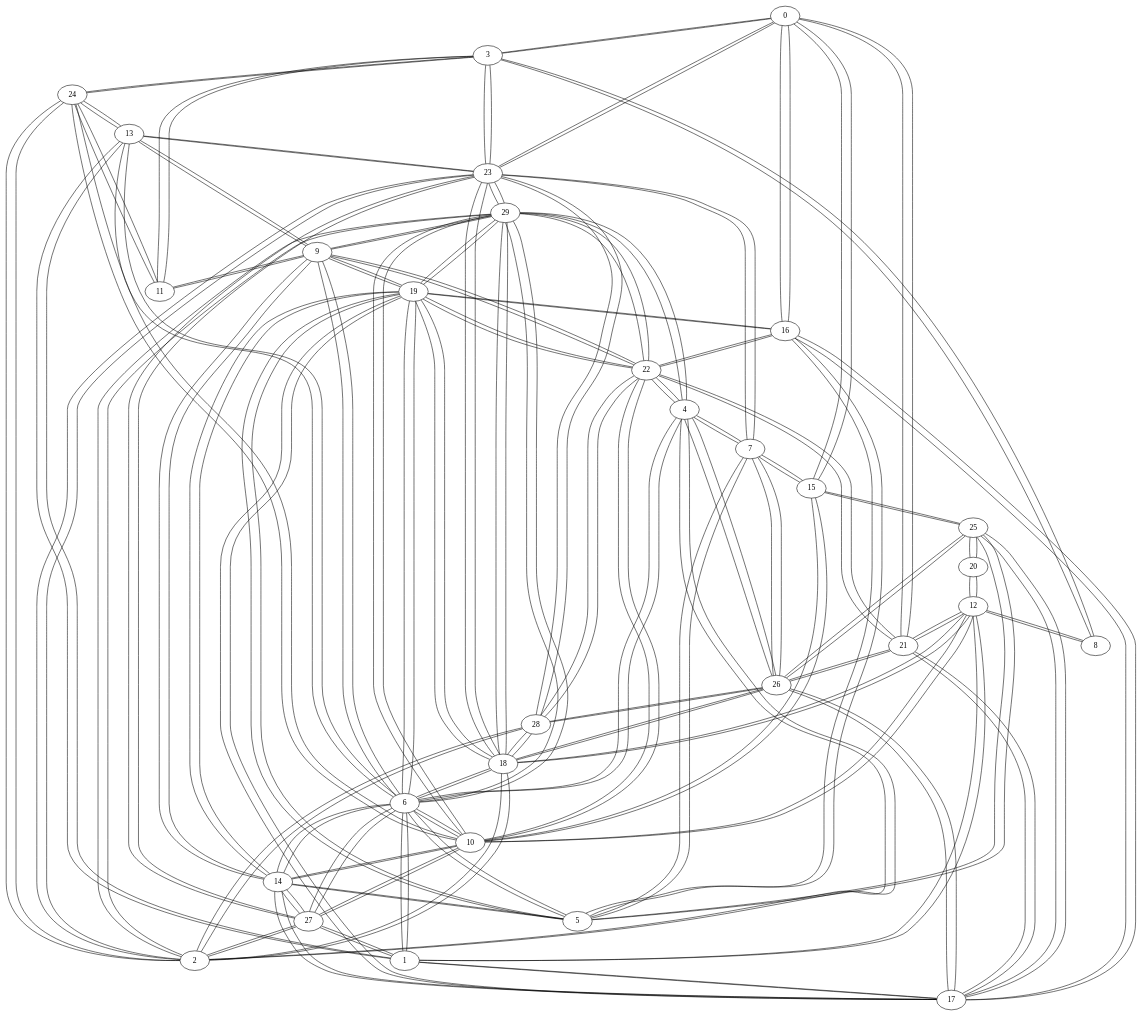
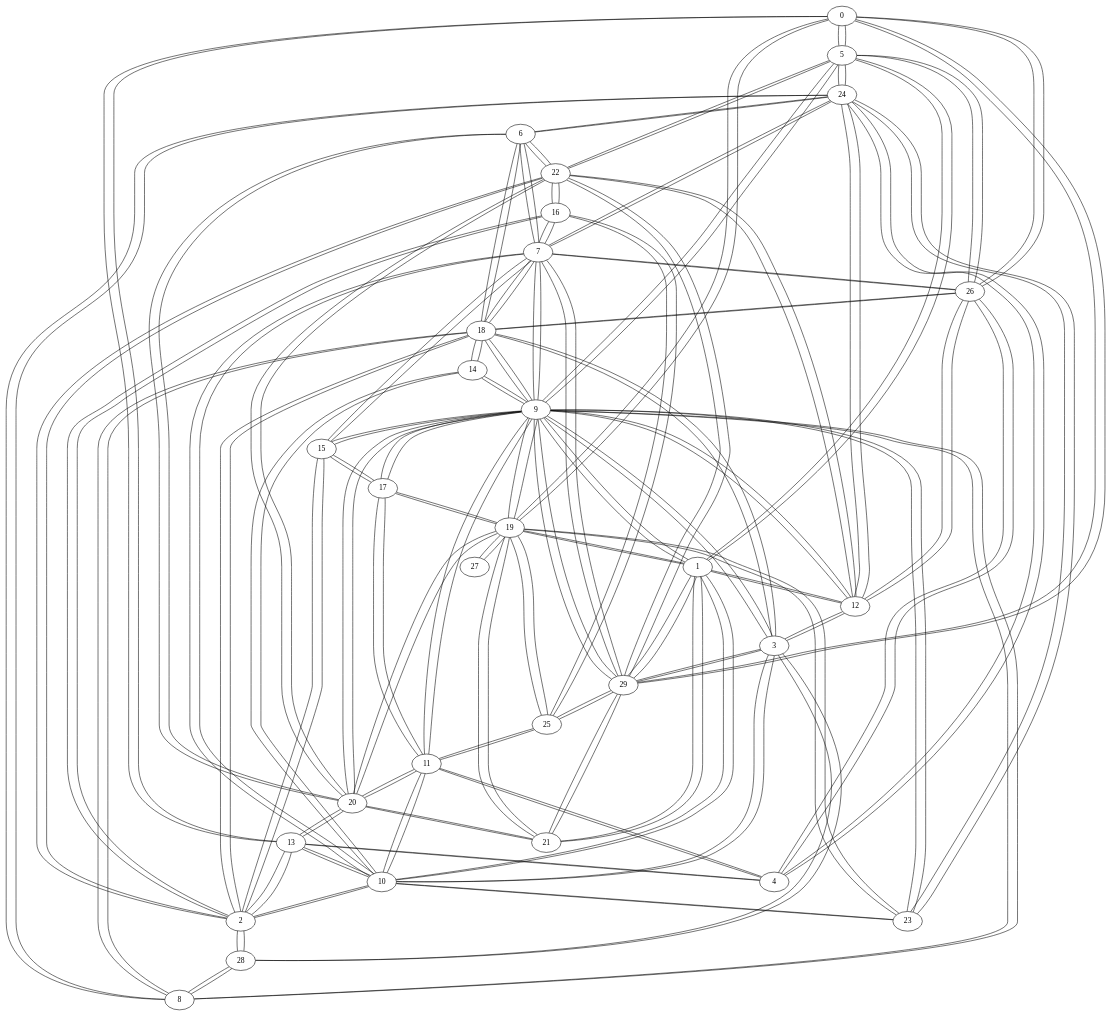
One commit to GusRojas/Grafos2DAA_A24 changed the diagram in grafo_gilbert30.gv. Above: the diagram before and after it, drawn with Graphviz. The commit also changed 41 other files, not shown here.

```diff
--- a/grafo_gilbert30.gv
+++ b/grafo_gilbert30.gv
@@ -1,184 +1,178 @@
 graph {
-  0 -- 3;
-  0 -- 15;
-  0 -- 16;
-  0 -- 21;
-  0 -- 23;
-  3 -- 0;
-  3 -- 8;
-  3 -- 11;
-  3 -- 23;
-  3 -- 24;
-  15 -- 0;
+  0 -- 5;
+  0 -- 13;
+  0 -- 19;
+  0 -- 26;
+  0 -- 29;
+  5 -- 0;
+  5 -- 1;
+  5 -- 9;
+  5 -- 22;
+  5 -- 24;
+  5 -- 26;
+  13 -- 0;
+  13 -- 2;
+  13 -- 4;
+  13 -- 10;
+  13 -- 20;
+  19 -- 0;
+  19 -- 1;
+  19 -- 9;
+  19 -- 17;
+  19 -- 20;
+  19 -- 21;
+  19 -- 23;
+  19 -- 25;
+  19 -- 27;
+  26 -- 0;
+  26 -- 4;
+  26 -- 5;
+  26 -- 7;
+  26 -- 12;
+  26 -- 18;
+  29 -- 0;
+  29 -- 1;
+  29 -- 3;
+  29 -- 7;
+  29 -- 9;
+  29 -- 21;
+  29 -- 22;
+  29 -- 25;
+  1 -- 5;
+  1 -- 9;
+  1 -- 10;
+  1 -- 12;
+  1 -- 19;
+  1 -- 21;
+  1 -- 29;
+  9 -- 1;
+  9 -- 3;
+  9 -- 5;
+  9 -- 7;
+  9 -- 8;
+  9 -- 11;
+  9 -- 12;
+  9 -- 14;
+  9 -- 15;
+  9 -- 17;
+  9 -- 18;
+  9 -- 19;
+  9 -- 20;
+  9 -- 23;
+  9 -- 29;
+  10 -- 1;
+  10 -- 2;
+  10 -- 3;
+  10 -- 7;
+  10 -- 11;
+  10 -- 13;
+  10 -- 14;
+  10 -- 23;
+  12 -- 1;
+  12 -- 3;
+  12 -- 9;
+  12 -- 22;
+  12 -- 24;
+  12 -- 26;
+  21 -- 1;
+  21 -- 19;
+  21 -- 20;
+  21 -- 29;
+  2 -- 10;
+  2 -- 13;
+  2 -- 15;
+  2 -- 16;
+  2 -- 18;
+  2 -- 22;
+  2 -- 28;
+  15 -- 2;
   15 -- 7;
-  15 -- 10;
-  15 -- 25;
-  16 -- 0;
-  16 -- 5;
-  16 -- 17;
-  16 -- 19;
+  15 -- 9;
+  15 -- 17;
+  16 -- 2;
+  16 -- 7;
   16 -- 22;
-  21 -- 0;
-  21 -- 12;
-  21 -- 17;
-  21 -- 22;
-  21 -- 26;
-  23 -- 0;
-  23 -- 2;
-  23 -- 3;
-  23 -- 7;
-  23 -- 13;
-  23 -- 18;
-  23 -- 27;
-  23 -- 28;
-  23 -- 29;
-  1 -- 6;
-  1 -- 12;
-  1 -- 13;
-  1 -- 17;
-  1 -- 27;
-  6 -- 1;
-  6 -- 4;
-  6 -- 5;
-  6 -- 9;
-  6 -- 10;
-  6 -- 13;
-  6 -- 14;
+  16 -- 25;
+  18 -- 2;
+  18 -- 3;
+  18 -- 6;
+  18 -- 7;
+  18 -- 8;
+  18 -- 9;
+  18 -- 14;
+  18 -- 26;
+  22 -- 2;
+  22 -- 5;
+  22 -- 6;
+  22 -- 12;
+  22 -- 16;
+  22 -- 20;
+  22 -- 29;
+  28 -- 2;
+  28 -- 3;
+  28 -- 8;
+  3 -- 9;
+  3 -- 10;
+  3 -- 12;
+  3 -- 18;
+  3 -- 28;
+  3 -- 29;
+  4 -- 11;
+  4 -- 13;
+  4 -- 24;
+  4 -- 26;
+  11 -- 4;
+  11 -- 9;
+  11 -- 10;
+  11 -- 17;
+  11 -- 20;
+  11 -- 25;
+  24 -- 4;
+  24 -- 5;
+  24 -- 6;
+  24 -- 7;
+  24 -- 8;
+  24 -- 12;
+  24 -- 23;
+  6 -- 7;
   6 -- 18;
-  6 -- 19;
-  6 -- 27;
-  6 -- 29;
-  12 -- 1;
-  12 -- 8;
-  12 -- 10;
-  12 -- 18;
-  12 -- 20;
-  12 -- 21;
-  13 -- 1;
-  13 -- 6;
-  13 -- 9;
-  13 -- 23;
-  13 -- 24;
-  17 -- 1;
-  17 -- 14;
-  17 -- 16;
-  17 -- 19;
-  17 -- 21;
-  17 -- 25;
-  17 -- 26;
-  27 -- 1;
-  27 -- 2;
-  27 -- 6;
-  27 -- 10;
-  27 -- 14;
-  27 -- 23;
-  2 -- 4;
-  2 -- 18;
-  2 -- 23;
-  2 -- 24;
-  2 -- 27;
-  2 -- 28;
-  2 -- 29;
-  4 -- 2;
-  4 -- 6;
-  4 -- 7;
-  4 -- 22;
-  4 -- 26;
-  4 -- 29;
-  18 -- 2;
-  18 -- 6;
-  18 -- 12;
-  18 -- 19;
-  18 -- 23;
-  18 -- 26;
-  18 -- 28;
-  18 -- 29;
-  24 -- 2;
-  24 -- 3;
-  24 -- 10;
-  24 -- 11;
-  24 -- 13;
-  28 -- 2;
-  28 -- 18;
-  28 -- 22;
-  28 -- 23;
-  28 -- 26;
-  29 -- 2;
-  29 -- 4;
-  29 -- 6;
-  29 -- 9;
-  29 -- 10;
-  29 -- 18;
-  29 -- 19;
-  29 -- 22;
-  29 -- 23;
-  8 -- 3;
-  8 -- 12;
-  11 -- 3;
-  11 -- 9;
-  11 -- 24;
-  7 -- 4;
-  7 -- 5;
+  6 -- 20;
+  6 -- 22;
+  6 -- 24;
+  7 -- 6;
+  7 -- 9;
+  7 -- 10;
   7 -- 15;
-  7 -- 23;
+  7 -- 16;
+  7 -- 18;
+  7 -- 24;
   7 -- 26;
-  22 -- 4;
-  22 -- 9;
-  22 -- 10;
-  22 -- 16;
-  22 -- 19;
-  22 -- 21;
-  22 -- 28;
-  22 -- 29;
-  26 -- 4;
-  26 -- 7;
-  26 -- 17;
-  26 -- 18;
-  26 -- 21;
-  26 -- 25;
-  26 -- 28;
-  5 -- 6;
-  5 -- 7;
-  5 -- 14;
-  5 -- 16;
-  5 -- 19;
-  5 -- 25;
-  14 -- 5;
-  14 -- 6;
+  7 -- 29;
+  20 -- 6;
+  20 -- 9;
+  20 -- 11;
+  20 -- 13;
+  20 -- 19;
+  20 -- 21;
+  20 -- 22;
+  8 -- 9;
+  8 -- 18;
+  8 -- 24;
+  8 -- 28;
   14 -- 9;
   14 -- 10;
-  14 -- 17;
-  14 -- 19;
-  14 -- 27;
-  19 -- 5;
-  19 -- 6;
-  19 -- 9;
-  19 -- 14;
-  19 -- 16;
-  19 -- 17;
-  19 -- 18;
-  19 -- 22;
-  19 -- 29;
-  25 -- 5;
-  25 -- 15;
-  25 -- 17;
-  25 -- 20;
-  25 -- 26;
-  9 -- 6;
-  9 -- 11;
-  9 -- 13;
-  9 -- 14;
-  9 -- 19;
-  9 -- 22;
-  9 -- 29;
-  10 -- 6;
-  10 -- 12;
-  10 -- 14;
-  10 -- 15;
-  10 -- 22;
-  10 -- 24;
-  10 -- 27;
-  10 -- 29;
-  20 -- 12;
-  20 -- 25;
+  14 -- 18;
+  17 -- 9;
+  17 -- 11;
+  17 -- 15;
+  17 -- 19;
+  23 -- 9;
+  23 -- 10;
+  23 -- 19;
+  23 -- 24;
+  25 -- 11;
+  25 -- 16;
+  25 -- 19;
+  25 -- 29;
+  27 -- 19;
 }
```
